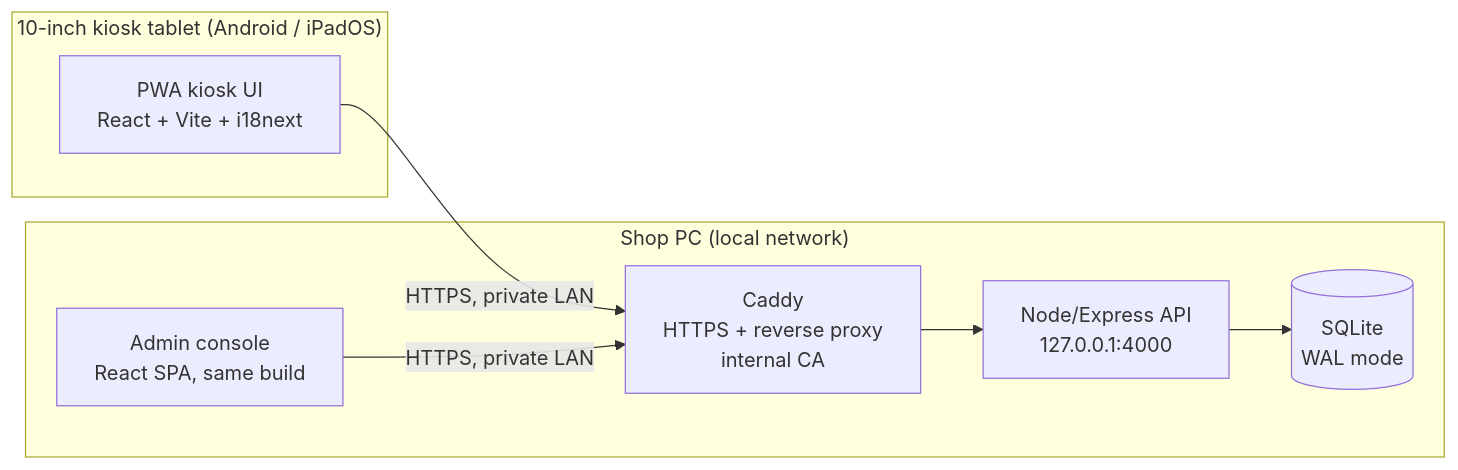
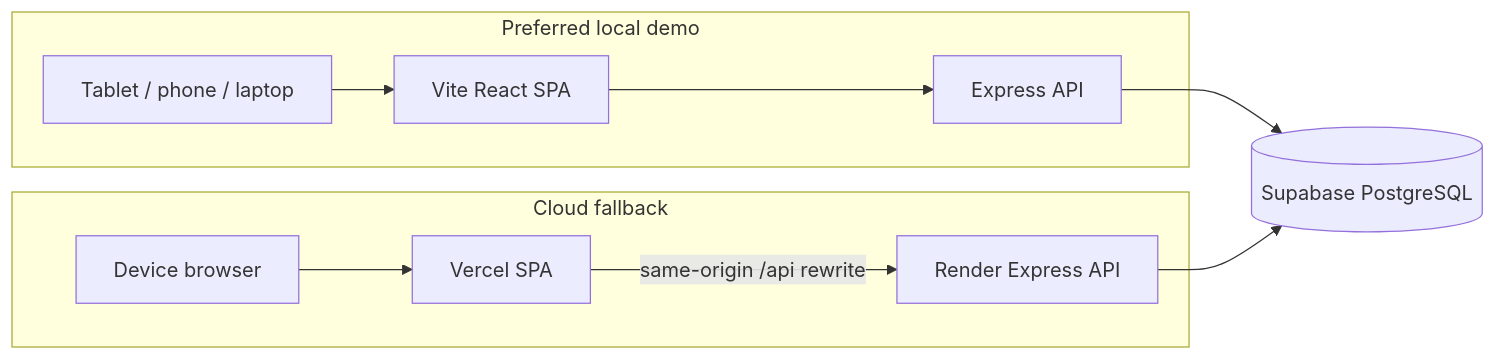
One commit to ace444081/kiosk changed the first of 2 diagrams in docs/ARCHITECTURE.md. Above: the diagram before and after it, drawn with Mermaid. The commit also changed other lines of this file and 41 other files, not shown here.

````diff
--- a/docs/ARCHITECTURE.md
+++ b/docs/ARCHITECTURE.md
@@ -5,18 +5,13 @@
 ```mermaid
 flowchart LR
-    subgraph Tablet["10-inch kiosk tablet (Android / iPadOS)"]
-        K[PWA kiosk UI<br/>React + Vite + i18next]
-    end
-
-    subgraph ShopPC["Shop PC (local network)"]
-        A[Admin console<br/>React SPA, same build]
-        C[Caddy<br/>HTTPS + reverse proxy<br/>internal CA]
-        N[Node/Express API<br/>127.0.0.1:4000]
-        DB[(SQLite<br/>WAL mode)]
-    end
-
-    K -->|HTTPS, private LAN| C
-    A -->|HTTPS, private LAN| C
-    C --> N
-    N --> DB
+  subgraph Local[Preferred local demo]
+    LAN[Tablet / phone / laptop] --> VITE[Vite React SPA]
+    VITE --> API1[Express API]
+  end
+  subgraph Hosted[Cloud fallback]
+    BROWSER[Device browser] --> VERCEL[Vercel SPA]
+    VERCEL -->|same-origin /api rewrite| API2[Render Express API]
+  end
+  API1 --> DB[(Supabase PostgreSQL)]
+  API2 --> DB
 ```
````
